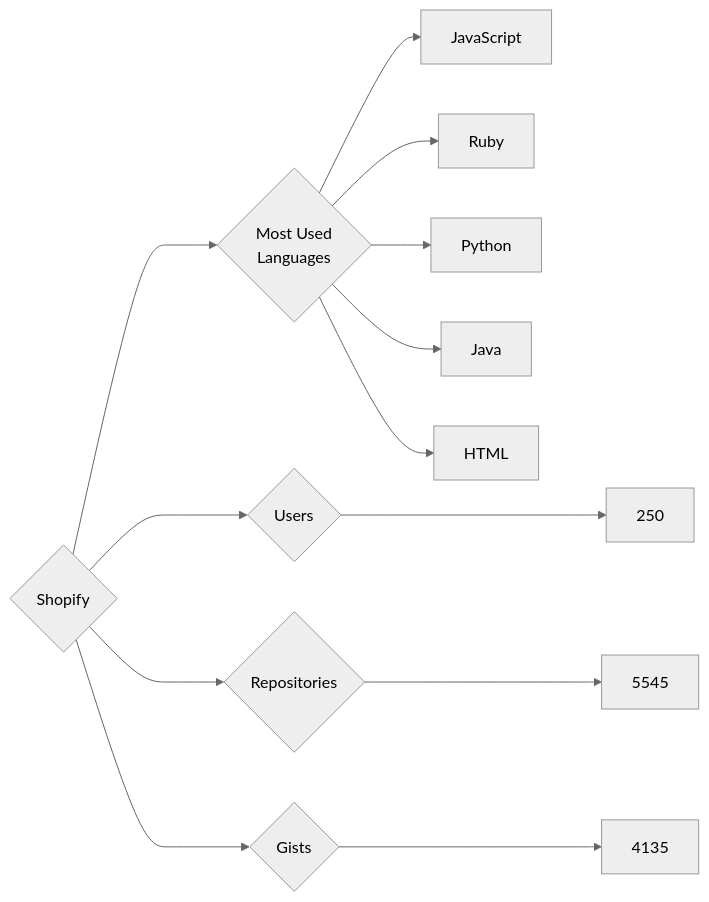
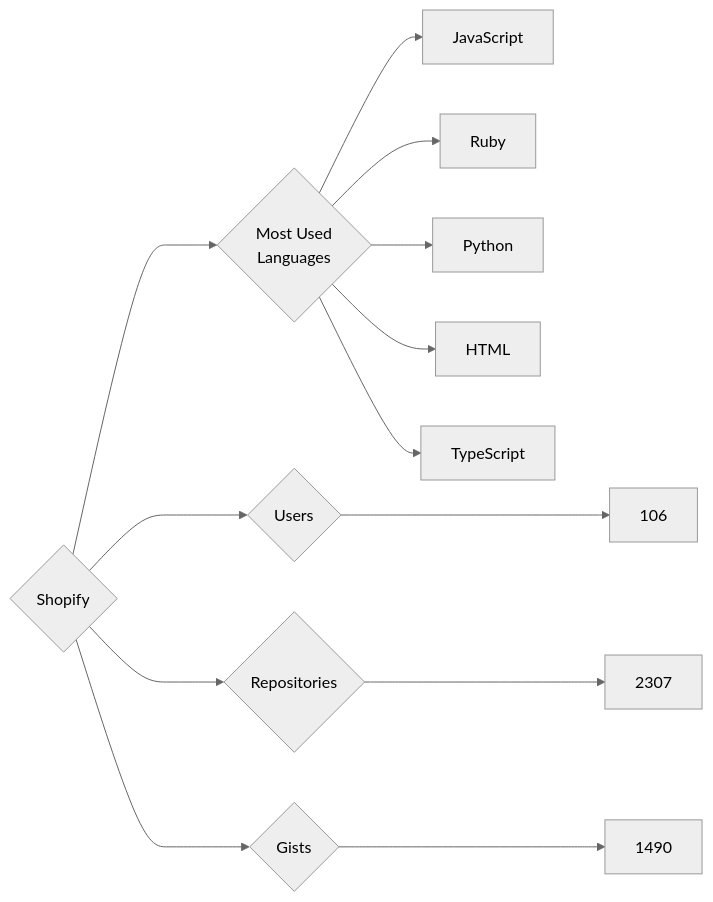
The diagram in targets/Shopify/README.md (trickest/insiders), drawn with Mermaid (neutral theme) before and after one commit. The commit also changed 860 other files, not shown here.

````diff
--- a/targets/Shopify/README.md
+++ b/targets/Shopify/README.md
@@ -3,13 +3,13 @@
 ```mermaid
 graph LR
 COMPANY_NAME{Shopify}
-COMPANY_NAME ---> U{Users} ---> UN[250]
-COMPANY_NAME ---> R{Repositories} ---> RN[5545]
-COMPANY_NAME ---> G{Gists} ---> GN[4135]
+COMPANY_NAME ---> U{Users} ---> UN[106]
+COMPANY_NAME ---> R{Repositories} ---> RN[2307]
+COMPANY_NAME ---> G{Gists} ---> GN[1490]
 COMPANY_NAME ---> ML{Most Used<br>Languages}
 ML --> JavaScript[JavaScript]
 ML --> Ruby[Ruby]
 ML --> Python[Python]
-ML --> Java[Java]
 ML --> HTML[HTML]
+ML --> TypeScript[TypeScript]
 ```
````
